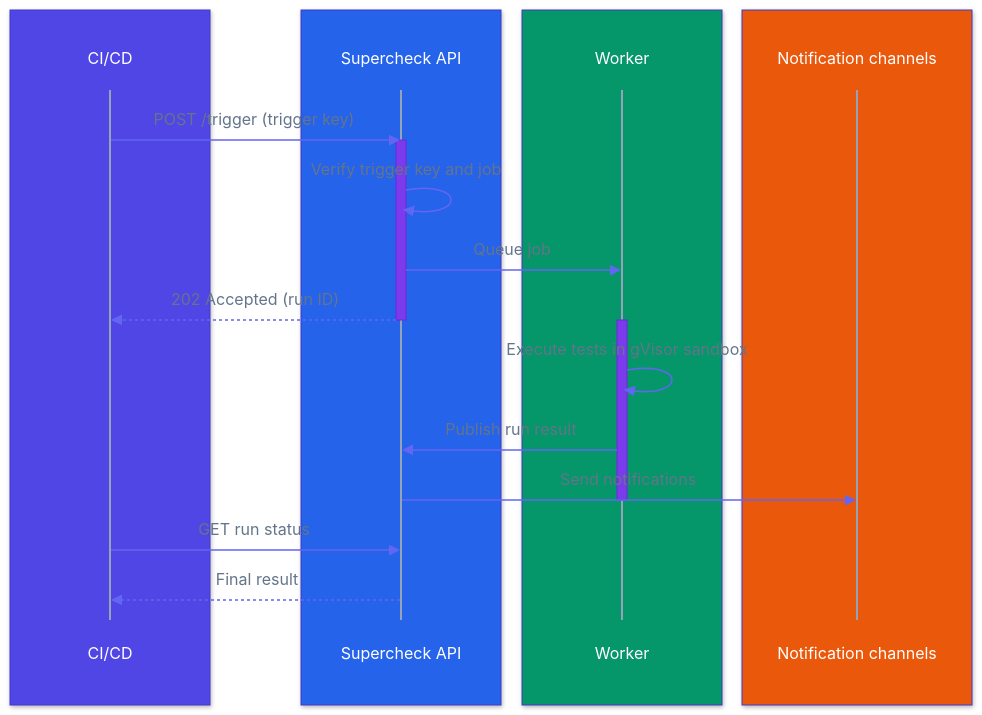
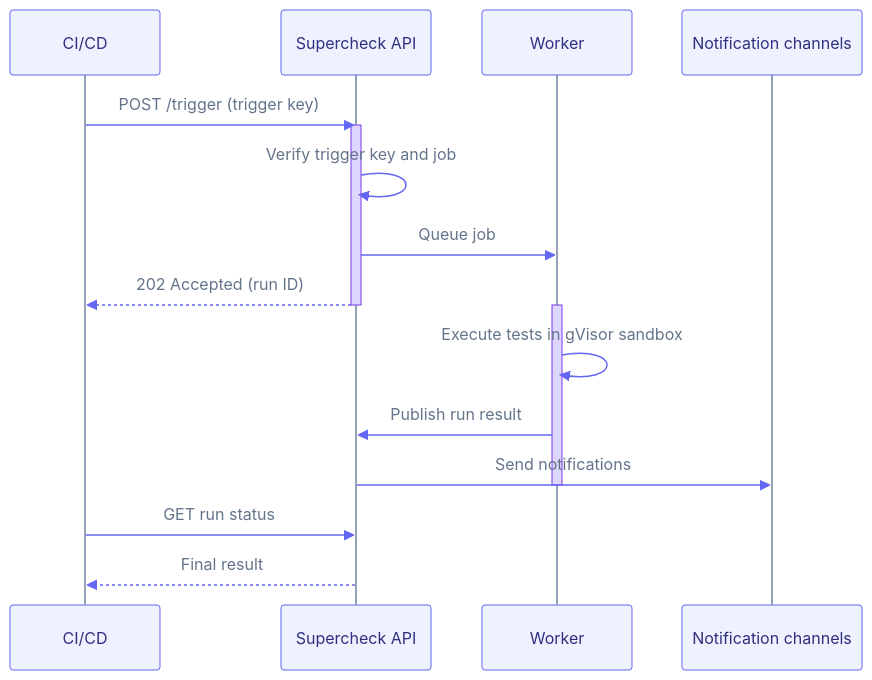
Before and after one commit to supercheck-io/supercheck: the diagram in docs/content/docs/app/automate/jobs.mdx, drawn with Mermaid. The commit also changed 11 other files, not shown here.

First line of the commit message:
docs: clean up sequence diagram colors and readability

````diff
--- a/docs/content/docs/app/automate/jobs.mdx
+++ b/docs/content/docs/app/automate/jobs.mdx
@@ -113,30 +113,22 @@
 ```mermaid
-%%{init: {"theme":"base","themeVariables":{"fontFamily":"ui-sans-serif, system-ui, -apple-system, Segoe UI, Roboto, sans-serif","primaryColor":"#6366f1","primaryTextColor":"#ffffff","primaryBorderColor":"#4338ca","lineColor":"#94a3b8","actorBkg":"transparent","actorBorder":"transparent","actorTextColor":"#ffffff","actorLineColor":"#94a3b8","signalColor":"#6366f1","signalTextColor":"#64748b","labelBoxBkgColor":"#d97706","labelBoxBorderColor":"#b45309","labelTextColor":"#ffffff","loopTextColor":"#64748b","activationBkgColor":"#7c3aed","activationBorderColor":"#6d28d9","noteBkgColor":"#d97706","noteBorderColor":"#b45309","noteTextColor":"#ffffff","textColor":"#64748b","mainBkg":"#ffffff"}}}%%
+%%{init: {"theme":"base","themeVariables":{"fontFamily":"ui-sans-serif, system-ui, -apple-system, Segoe UI, Roboto, sans-serif","actorBkg":"#eef2ff","actorBorder":"#6366f1","actorTextColor":"#312e81","actorLineColor":"#94a3b8","signalColor":"#6366f1","signalTextColor":"#64748b","labelBoxBkgColor":"#fef3c7","labelBoxBorderColor":"#d97706","labelTextColor":"#78350f","loopTextColor":"#64748b","activationBkgColor":"#ddd6fe","activationBorderColor":"#7c3aed","noteBkgColor":"#fef3c7","noteBorderColor":"#d97706","noteTextColor":"#78350f","textColor":"#64748b","lineColor":"#94a3b8","mainBkg":"transparent"}}}%%
 sequenceDiagram
-    box rgb(79,70,229)
-        participant CI as CI/CD
-    end
-    box rgb(37,99,235)
-        participant API as Supercheck API
-    end
-    box rgb(5,150,105)
-        participant Worker
-    end
-    box rgb(234,88,12)
-        participant Alerts as Notification channels
-    end
+    participant CI as CI/CD
+    participant API as Supercheck API
+    participant Worker
+    participant Alerts as Notification channels
 
     CI->>API: POST /trigger (trigger key)
     activate API
     API->>API: Verify trigger key and job
     API->>Worker: Queue job
     API-->>CI: 202 Accepted (run ID)
     deactivate API
     activate Worker
     Worker->>Worker: Execute tests in gVisor sandbox
     Worker->>API: Publish run result
     API->>Alerts: Send notifications
     deactivate Worker
     CI->>API: GET run status
     API-->>CI: Final result
 ```
````
